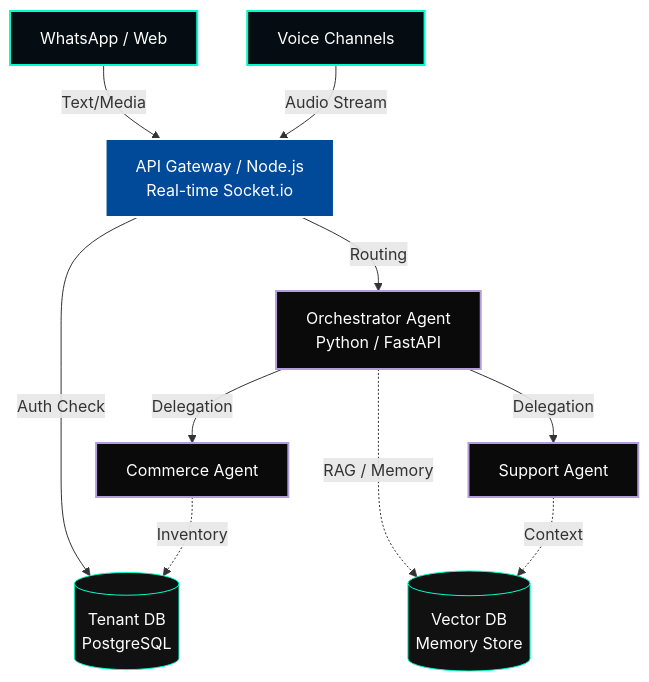
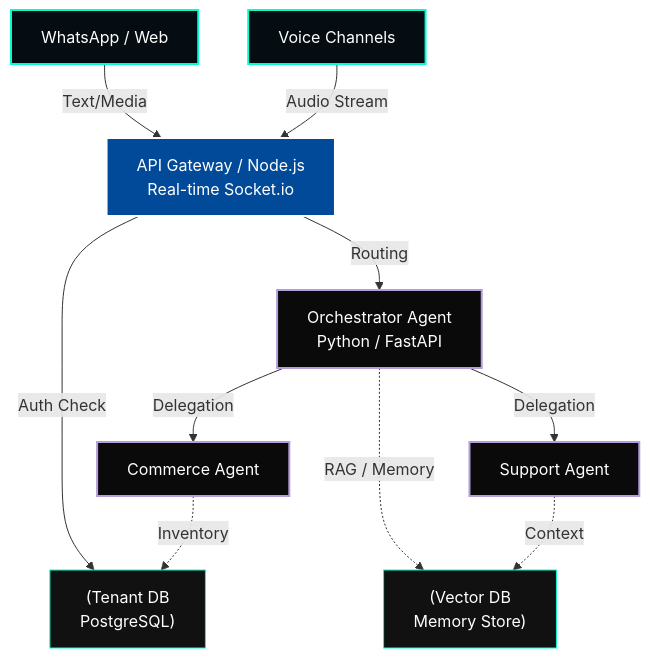
Before and after one commit to Raphasha27/AI-Agent: the diagram in README.md, drawn with Mermaid.

Commit message:
docs: Fix mermaid diagram rendering and markdown formatting

````diff
--- a/README.md
+++ b/README.md
@@ -20,35 +20,35 @@
 ```mermaid
 graph TD
     %% Styling
     classDef client fill:#050d12,stroke:#00ffcc,stroke-width:2px,color:#fff
     classDef gateway fill:#004a99,stroke:#fff,stroke-width:2px,color:#fff
     classDef intelligence fill:#0a0a0a,stroke:#b39ddb,stroke-width:2px,color:#fff
     classDef db fill:#111,stroke:#00ffcc,stroke-width:1px,color:#fff
 
     %% Nodes
-    C1[WhatsApp / Web]:::client
-    C2[Voice Channels]:::client
+    C1["WhatsApp / Web"]:::client
+    C2["Voice Channels"]:::client
     
-    API[API Gateway / Node.js<br>Real-time Socket.io]:::gateway
+    API["API Gateway / Node.js<br>Real-time Socket.io"]:::gateway
     
-    Agent1[Orchestrator Agent<br>Python / FastAPI]:::intelligence
-    Agent2[Support Agent]:::intelligence
-    Agent3[Commerce Agent]:::intelligence
+    Agent1["Orchestrator Agent<br>Python / FastAPI"]:::intelligence
+    Agent2["Support Agent"]:::intelligence
+    Agent3["Commerce Agent"]:::intelligence
     
-    DB[(Vector DB<br>Memory Store)]:::db
-    Auth[(Tenant DB<br>PostgreSQL)]:::db
+    DB["(Vector DB<br>Memory Store)"]:::db
+    Auth["(Tenant DB<br>PostgreSQL)"]:::db
 
     %% Relationships
     C1 -->|Text/Media| API
     C2 -->|Audio Stream| API
     
     API -->|Auth Check| Auth
     API -->|Routing| Agent1
     
     Agent1 -->|Delegation| Agent2
     Agent1 -->|Delegation| Agent3
     
     Agent1 -.->|RAG / Memory| DB
     Agent2 -.->|Context| DB
     Agent3 -.->|Inventory| Auth
 ```
````
